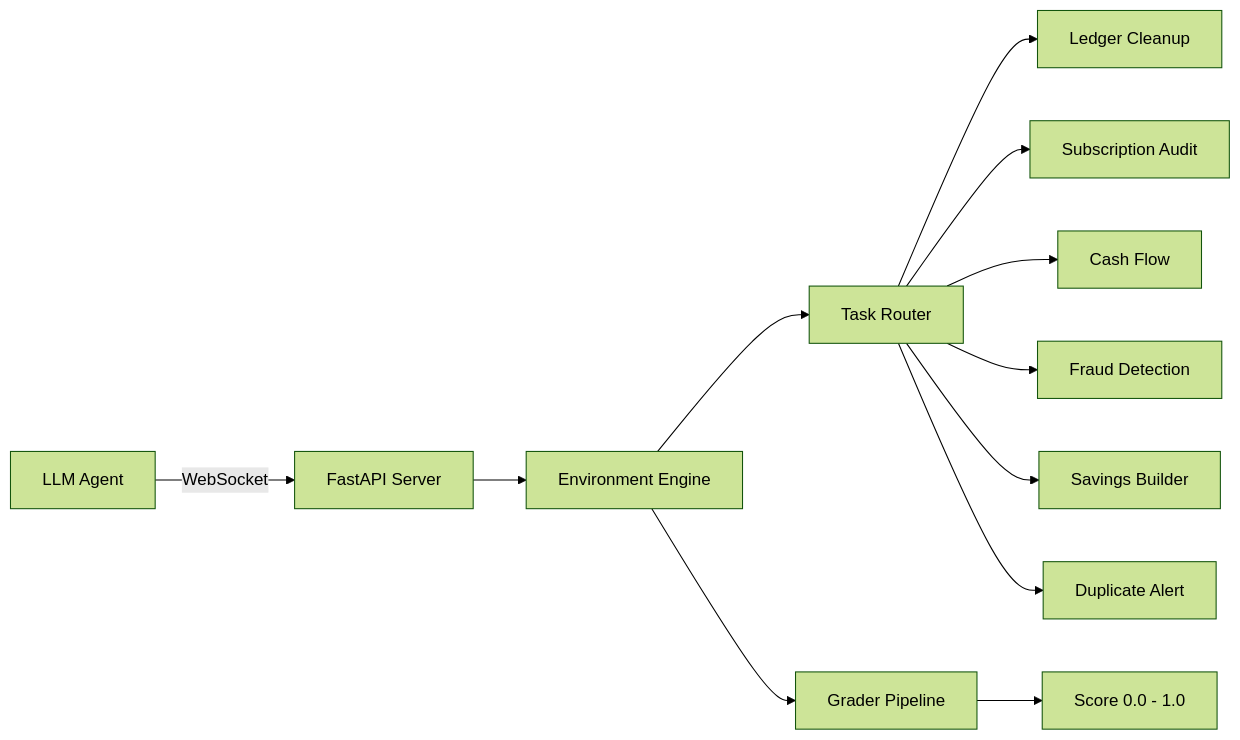
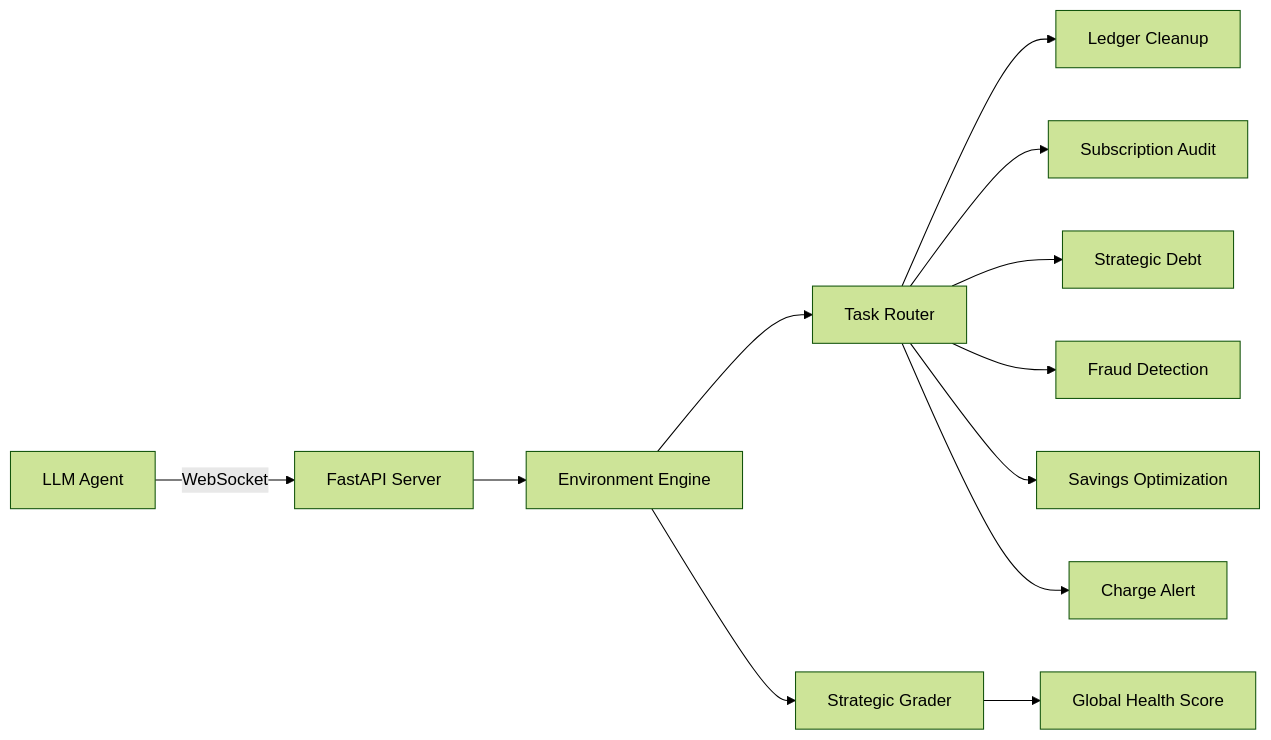
Before and after one commit to TheLastC0de/Finance_Optimizer: the diagram in README.md, drawn with Mermaid (forest theme). The commit also changed other lines of this file and 19 other files, not shown here.

Commit message:
Level 2 Strategic Perfection: added strategic debt (22% APR), adaptive mid-episode life events, global financial health composite scoring, and an automated benchmarking suite with EVALUATION_REPORT generation.

````diff
--- a/README.md
+++ b/README.md
@@ -20,14 +20,14 @@
 ```mermaid
 graph LR
     A[LLM Agent] -->|WebSocket| B[FastAPI Server]
     B --> C[Environment Engine]
     C --> D[Task Router]
     D --> E1[Ledger Cleanup]
     D --> E2[Subscription Audit]
-    D --> E3[Cash Flow]
+    D --> E3[Strategic Debt]
     D --> E4[Fraud Detection]
-    D --> E5[Savings Builder]
-    D --> E6[Duplicate Alert]
-    C --> F[Grader Pipeline]
-    F --> G[Score 0.0 - 1.0]
+    D --> E5[Savings Optimization]
+    D --> E6[Charge Alert]
+    C --> F[Strategic Grader]
+    F --> G[Global Health Score]
 ```
````
